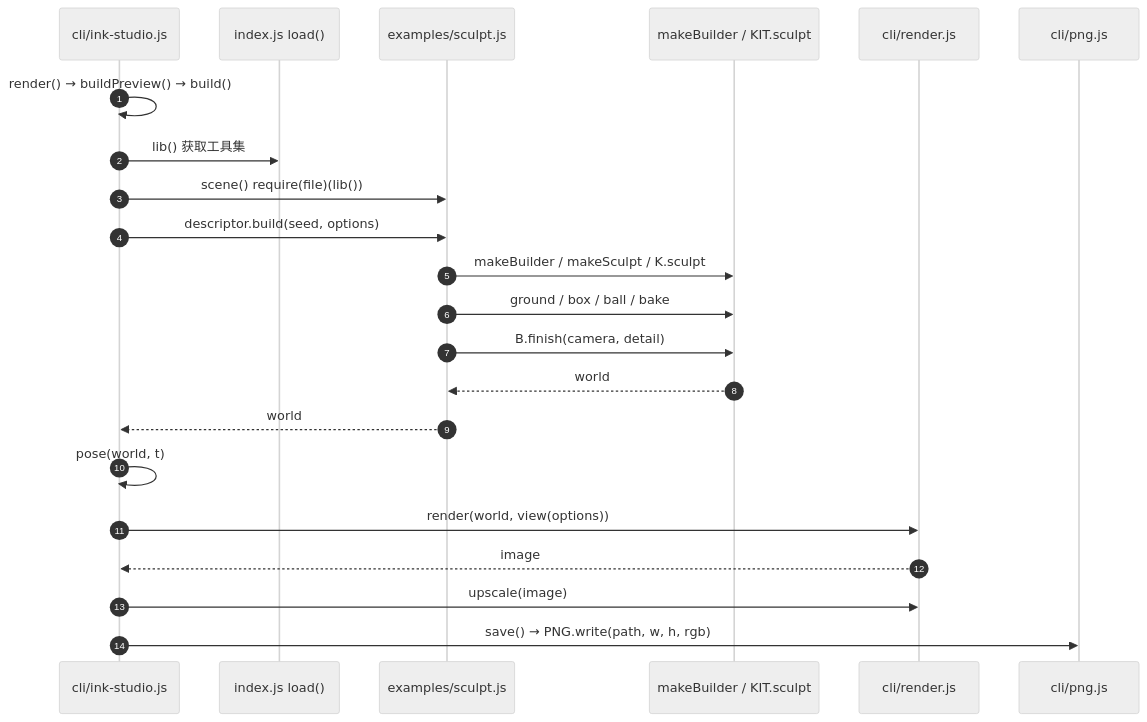
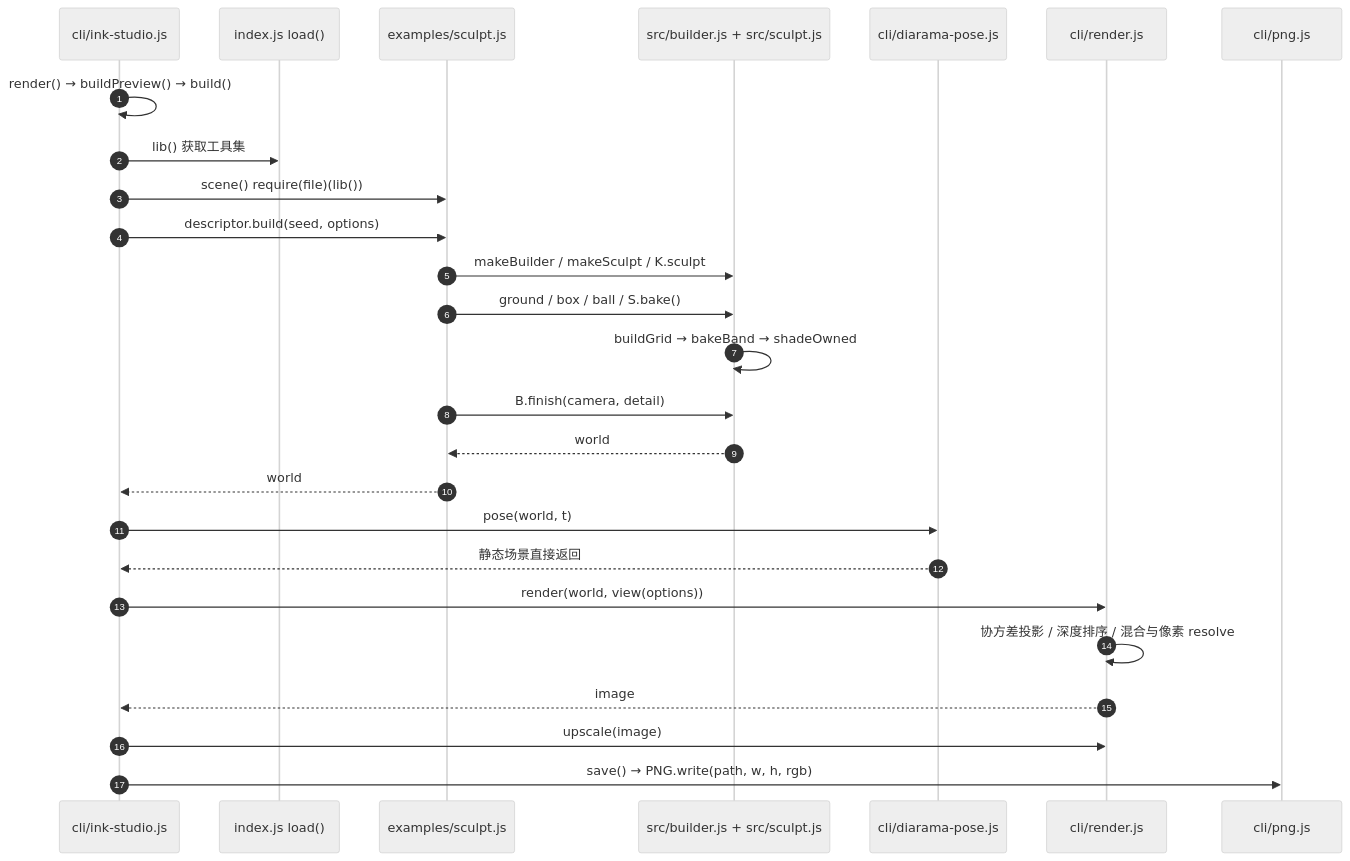
Before and after one commit to ImChong/Robotics_Notebooks: the second of 2 diagrams in wiki/entities/shapeshift-labs-ink-studio.md, drawn with Mermaid (neutral theme). The commit also changed other lines of this file, not shown here.

````diff
--- a/wiki/entities/shapeshift-labs-ink-studio.md
+++ b/wiki/entities/shapeshift-labs-ink-studio.md
@@ -75,24 +82,28 @@
 ```mermaid
 sequenceDiagram
     autonumber
     participant CLI as cli/ink-studio.js
     participant Lib as index.js load()
     participant Ex as examples/sculpt.js
-    participant Kit as makeBuilder / KIT.sculpt
+    participant Kit as src/builder.js + src/sculpt.js
+    participant Pose as cli/diarama-pose.js
     participant R as cli/render.js
     participant P as cli/png.js
     CLI->>CLI: render() → buildPreview() → build()
     CLI->>Lib: lib() 获取工具集
     CLI->>Ex: scene() require(file)(lib())
     CLI->>Ex: descriptor.build(seed, options)
     Ex->>Kit: makeBuilder / makeSculpt / K.sculpt
-    Ex->>Kit: ground / box / ball / bake
+    Ex->>Kit: ground / box / ball / S.bake()
+    Kit->>Kit: buildGrid → bakeBand → shadeOwned
     Ex->>Kit: B.finish(camera, detail)
     Kit-->>Ex: world
     Ex-->>CLI: world
-    CLI->>CLI: pose(world, t)
+    CLI->>Pose: pose(world, t)
+    Pose-->>CLI: 静态场景直接返回
     CLI->>R: render(world, view(options))
+    R->>R: 协方差投影 / 深度排序 / 混合与像素 resolve
     R-->>CLI: image
     CLI->>R: upscale(image)
     CLI->>P: save() → PNG.write(path, w, h, rgb)
 ```
````
